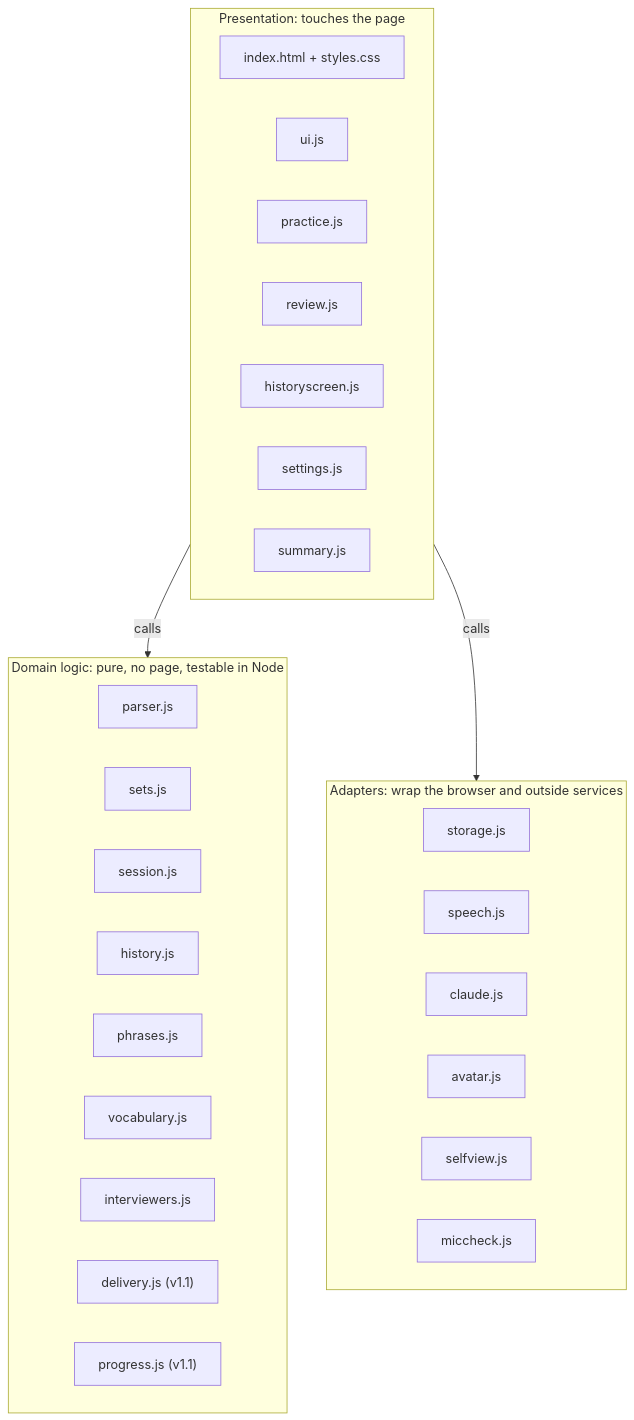
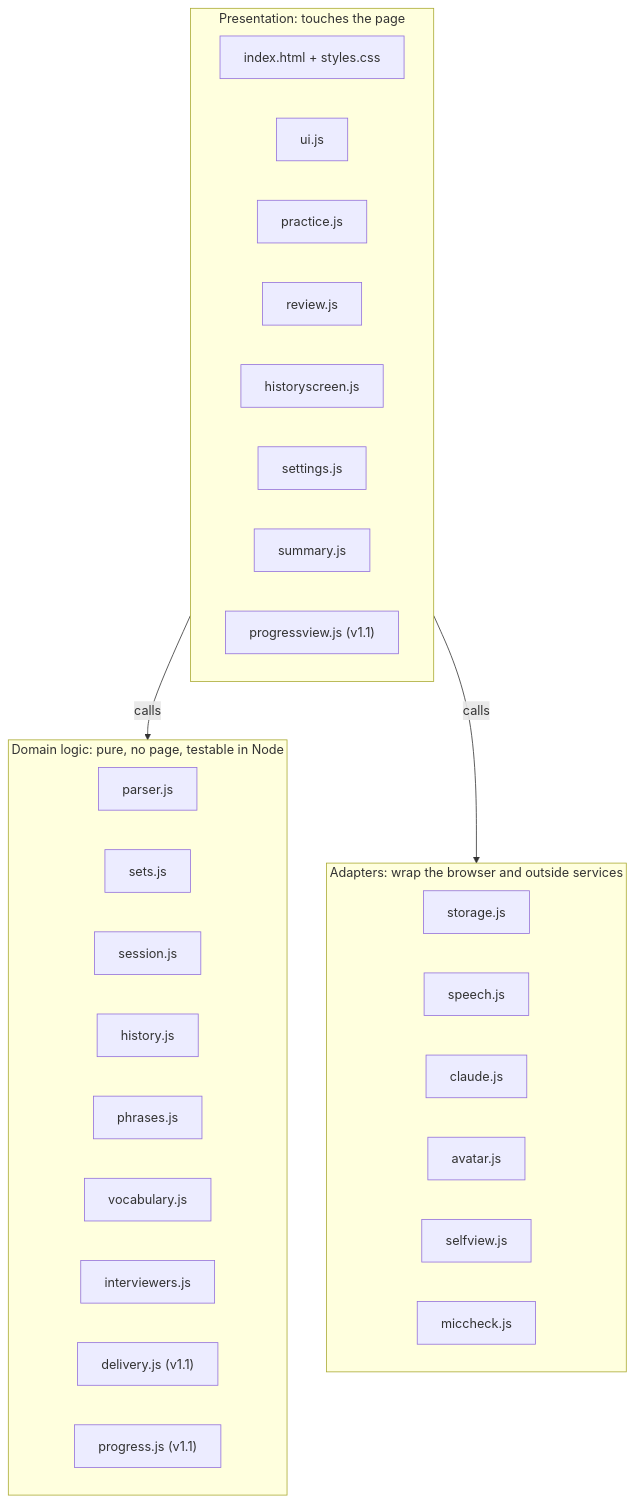
Before and after one commit to mehulp/interview-pal: the second of 6 diagrams in docs/architecture.md, drawn with Mermaid. The commit also changed 7 other files, not shown here.

````diff
--- a/docs/architecture.md
+++ b/docs/architecture.md
@@ -51,36 +51,37 @@
 ```mermaid
 flowchart TB
     subgraph P["Presentation: touches the page"]
         direction LR
         P1["index.html + styles.css"]
         P2["ui.js"]
         P3["practice.js"]
         P4["review.js"]
         P5["historyscreen.js"]
         P6["settings.js"]
         P7["summary.js"]
+        P8["progressview.js (v1.1)"]
     end
     subgraph D["Domain logic: pure, no page, testable in Node"]
         direction LR
         D1["parser.js"]
         D2["sets.js"]
         D3["session.js"]
         D4["history.js"]
         D5["phrases.js"]
         D6["vocabulary.js"]
         D7["interviewers.js"]
         D8["delivery.js (v1.1)"]
         D9["progress.js (v1.1)"]
     end
     subgraph A["Adapters: wrap the browser and outside services"]
         direction LR
         A1["storage.js"]
         A2["speech.js"]
         A3["claude.js"]
         A4["avatar.js"]
         A5["selfview.js"]
         A6["miccheck.js"]
     end
     P -->|calls| D
     P -->|calls| A
 ```
````
